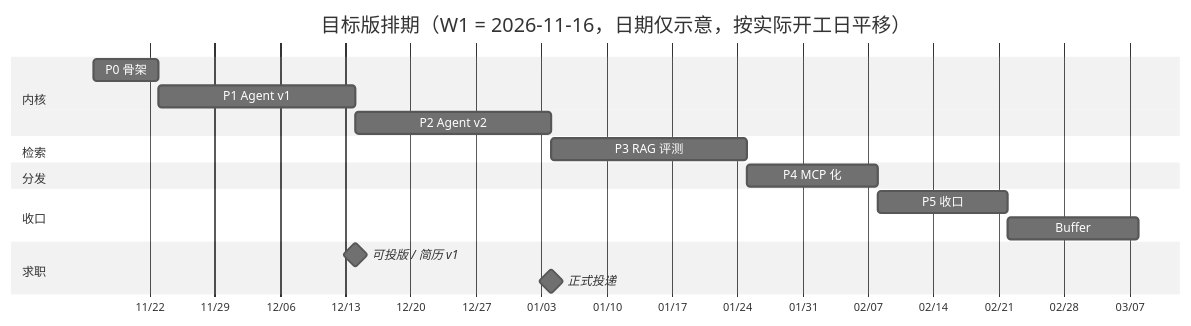
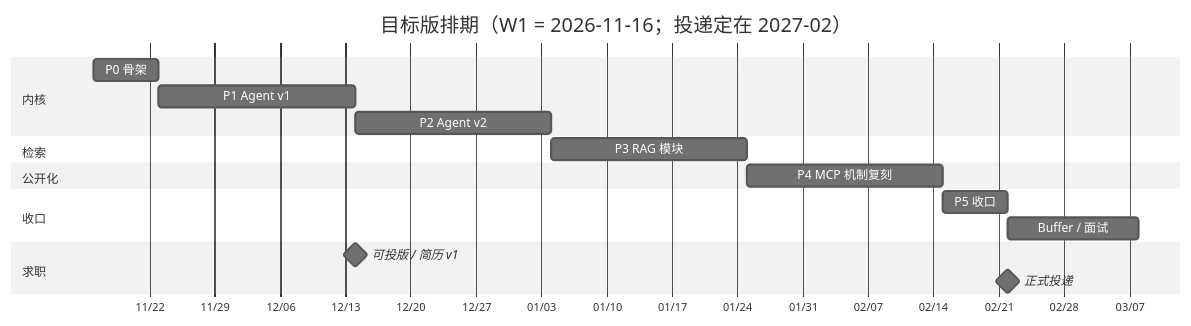
Before and after one commit to IAMCHF/ai-engineering-notes: the second of 2 diagrams in docs/00-master-plan.md, drawn with Mermaid (neutral theme). The commit also changed other lines of this file and 2 other files, not shown here.

First line of the commit message:
docs: MCP 改为机制复刻公开化，排期对齐 2027 年 2 月投递

````diff
--- a/docs/00-master-plan.md
+++ b/docs/00-master-plan.md
@@ -438,20 +443,20 @@
 ```mermaid
 gantt
-    title 目标版排期（W1 = 2026-11-16，日期仅示意，按实际开工日平移）
+    title 目标版排期（W1 = 2026-11-16；投递定在 2027-02）
     dateFormat YYYY-MM-DD
     axisFormat %m/%d
     section 内核
     P0 骨架                  :p0, 2026-11-16, 7d
     P1 Agent v1              :p1, after p0, 21d
     P2 Agent v2              :p2, after p1, 21d
     section 检索
-    P3 RAG 评测              :p3, after p2, 21d
-    section 分发
-    P4 MCP 化                :p4, after p3, 14d
+    P3 RAG 模块              :p3, after p2, 21d
+    section 公开化
+    P4 MCP 机制复刻          :p4, after p3, 21d
     section 收口
-    P5 收口                  :p5, after p4, 14d
-    Buffer                   :p6, after p5, 14d
+    P5 收口                  :p5, after p4, 7d
+    Buffer / 面试            :p6, after p5, 14d
     section 求职
     可投版 / 简历 v1          :milestone, m1, 2026-12-14, 0d
-    正式投递                 :milestone, m2, 2027-01-04, 0d
+    正式投递                 :milestone, m2, 2027-02-22, 0d
 ```
````
